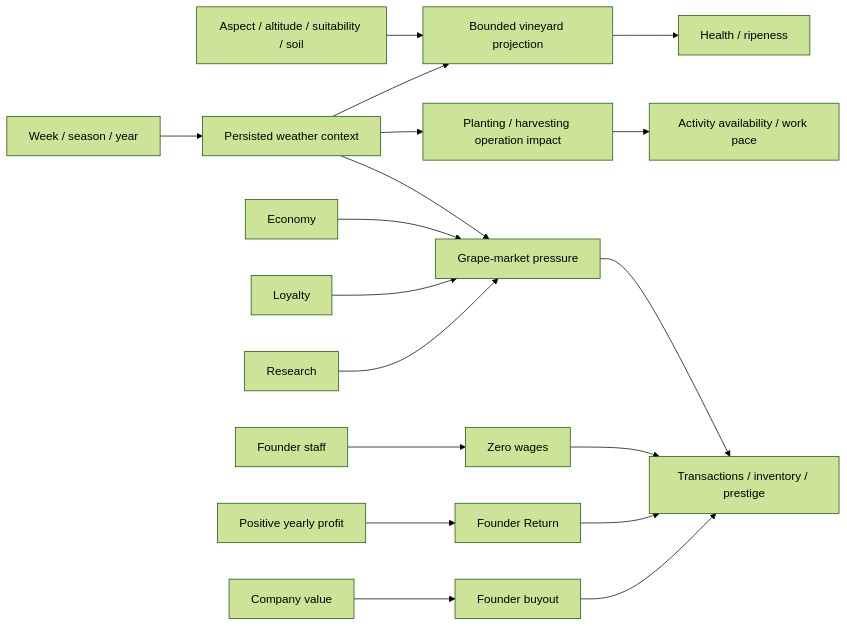
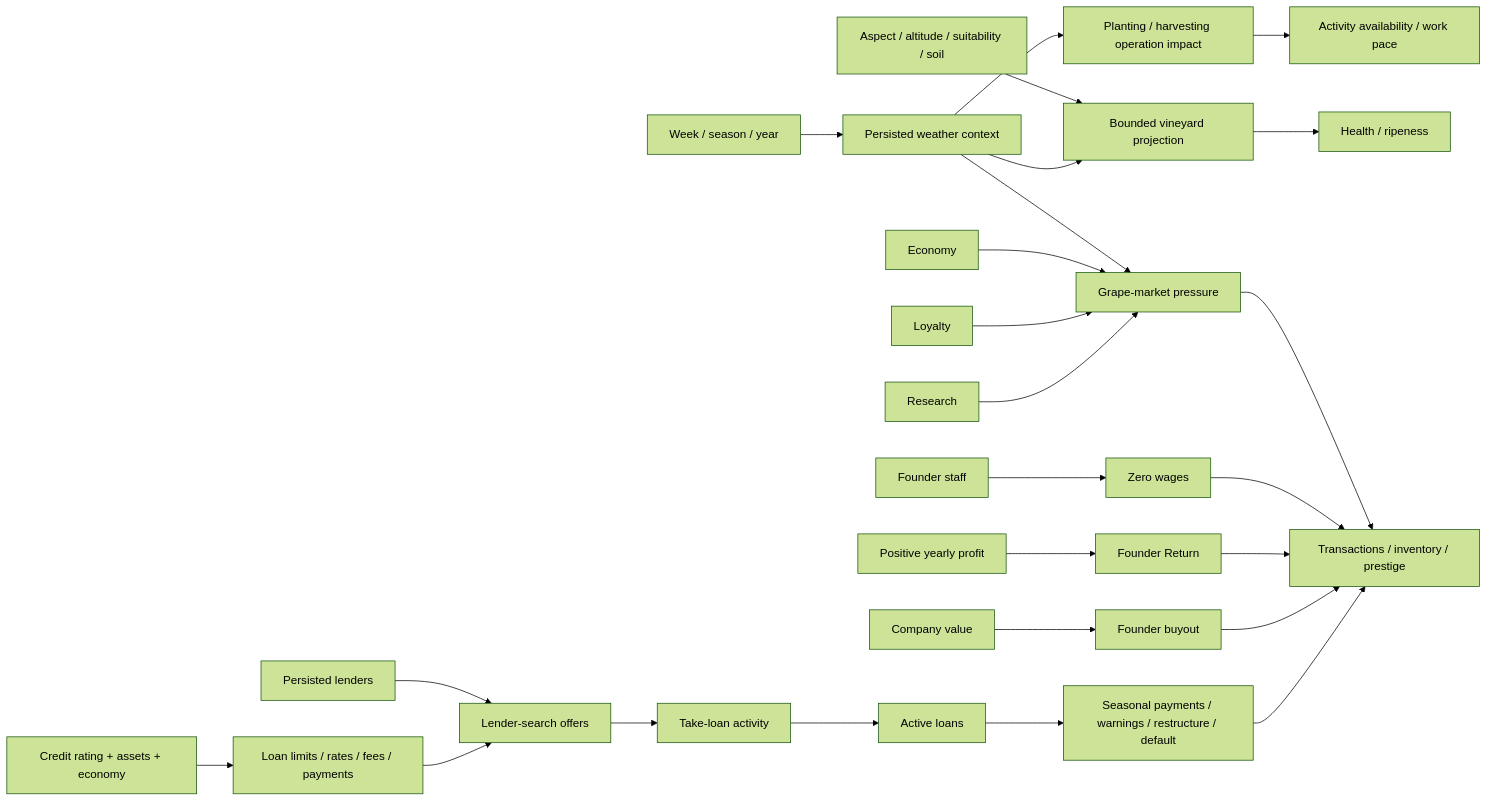
One commit to gram12321/winemaker04 changed the fourth of 4 diagrams in docs/WineSystem_VariableRelationshipMap.md. Above: the diagram before and after it, drawn with Mermaid (forest theme). The commit also changed other lines of this file and 12 other files, not shown here.

````diff
--- a/docs/WineSystem_VariableRelationshipMap.md
+++ b/docs/WineSystem_VariableRelationshipMap.md
@@ -96,15 +96,19 @@
 ```mermaid
 flowchart LR
   TIME["Week / season / year"] --> WTH["Persisted weather context"]
   SITE["Aspect / altitude / suitability / soil"] --> PROJ["Bounded vineyard projection"]
   WTH --> PROJ --> VINE["Health / ripeness"]
   WTH --> OPS["Planting / harvesting operation impact"] --> WORK["Activity availability / work pace"]
   WTH --> MARKET["Grape-market pressure"]
   ECO["Economy"] --> MARKET
   LOY["Loyalty"] --> MARKET
   RES["Research"] --> MARKET
   MARKET --> CASH["Transactions / inventory / prestige"]
   STAFF["Founder staff"] --> ZERO["Zero wages"] --> CASH
   PROFIT["Positive yearly profit"] --> RETURN["Founder Return"] --> CASH
   VALUE["Company value"] --> BUYOUT["Founder buyout"] --> CASH
+  CREDIT["Credit rating + assets + economy"] --> TERMS["Loan limits / rates / fees / payments"]
+  LENDERS["Persisted lenders"] --> OFFERS["Lender-search offers"]
+  TERMS --> OFFERS --> ACTIVITY["Take-loan activity"] --> LOANS["Active loans"]
+  LOANS --> PAYMENTS["Seasonal payments / warnings / restructure / default"] --> CASH
 ```
````
